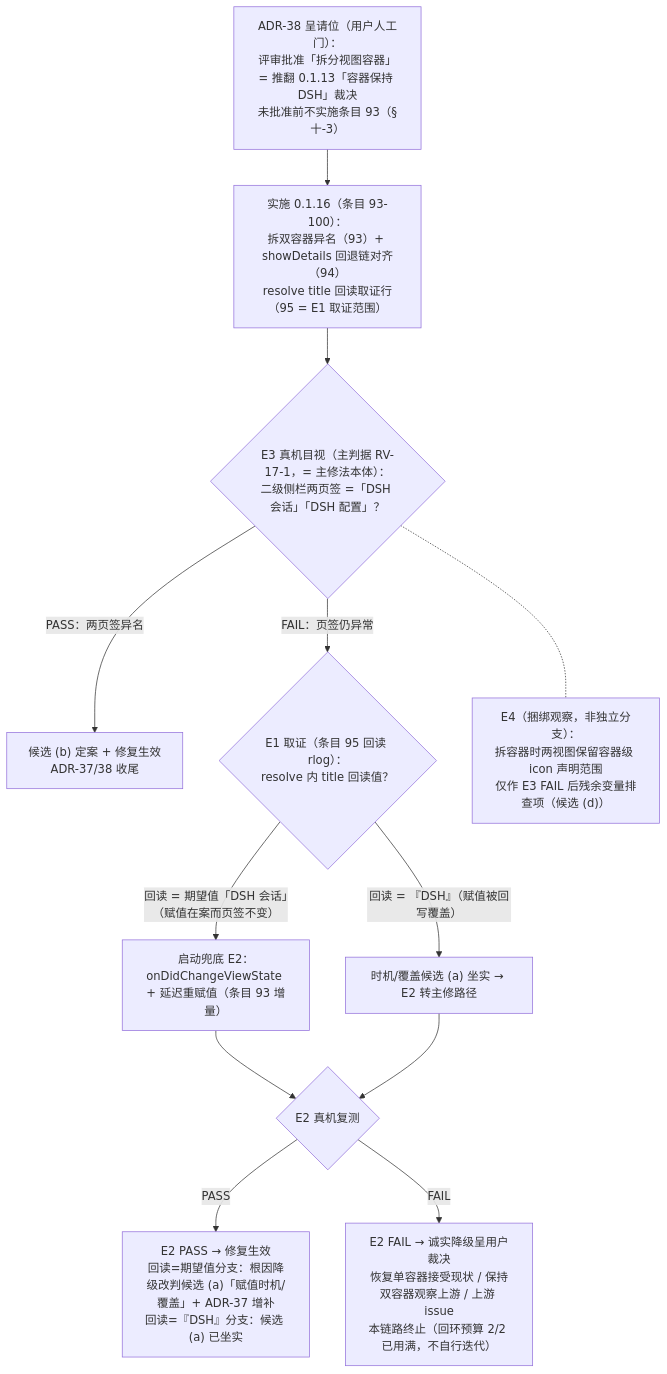
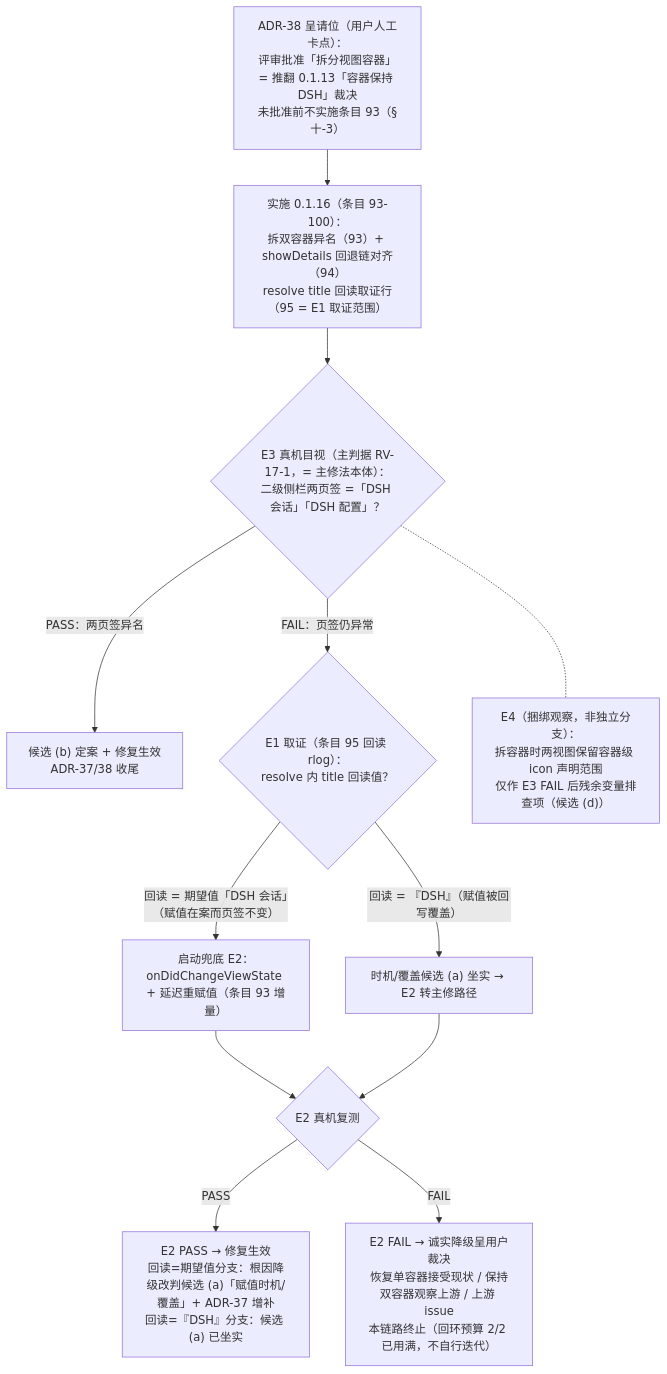
One commit to baikangwang/dsh-vscode-agent changed the third of 3 diagrams in docs/0.1.16修复设计-视图页签标题与启动时刻.md. Above: the diagram before and after it, drawn with Mermaid. The commit also changed other lines of this file and 19 other files, not shown here.

````diff
--- a/docs/0.1.16修复设计-视图页签标题与启动时刻.md
+++ b/docs/0.1.16修复设计-视图页签标题与启动时刻.md
@@ -373,24 +373,24 @@
 ```mermaid
 flowchart TD
-    ADR38["ADR-38 呈请位（用户人工门）：<br/>评审批准「拆分视图容器」= 推翻 0.1.13「容器保持 DSH」裁决<br/>未批准前不实施条目 93（§十-3）"]
+    ADR38["ADR-38 呈请位（用户人工卡点）：<br/>评审批准「拆分视图容器」= 推翻 0.1.13「容器保持 DSH」裁决<br/>未批准前不实施条目 93（§十-3）"]
     IMP["实施 0.1.16（条目 93-100）：<br/>拆双容器异名（93）+ showDetails 回退链对齐（94）<br/>resolve title 回读取证行（95 = E1 取证范围）"]
     E3{"E3 真机目视（主判据 RV-17-1，= 主修法本体）：<br/>二级侧栏两页签 =「DSH 会话」「DSH 配置」？"}
     PASSB["候选 (b) 定案 + 修复生效<br/>ADR-37/38 收尾"]
     E1{"E1 取证（条目 95 回读 rlog）：<br/>resolve 内 title 回读值？"}
     E2A["启动兜底 E2：<br/>onDidChangeViewState + 延迟重赋值（条目 93 增量）"]
     E2B["时机/覆盖候选 (a) 坐实 → E2 转主修路径"]
     E2{"E2 真机复测"}
     E2P["E2 PASS → 修复生效<br/>回读=期望值分支：根因降级改判候选 (a)「赋值时机/覆盖」+ ADR-37 增补<br/>回读=『DSH』分支：候选 (a) 已坐实"]
     DOWN["E2 FAIL → 诚实降级呈用户裁决<br/>恢复单容器接受现状 / 保持双容器观察上游 / 上游 issue<br/>本链路终止（回环预算 2/2 已用满，不自行迭代）"]
     E4N["E4（捆绑观察，非独立分支）：<br/>拆容器时两视图保留容器级 icon 声明范围<br/>仅作 E3 FAIL 后残余变量排查项（候选 (d)）"]
     ADR38 --> IMP --> E3
     E3 -->|"PASS：两页签异名"| PASSB
     E3 -->|"FAIL：页签仍异常"| E1
     E1 -->|"回读 = 期望值「DSH 会话」（赋值在案而页签不变）"| E2A
     E1 -->|"回读 = 『DSH』（赋值被回写覆盖）"| E2B
     E2A --> E2
     E2B --> E2
     E2 -->|"PASS"| E2P
     E2 -->|"FAIL"| DOWN
     E3 -.- E4N
 ```
````
